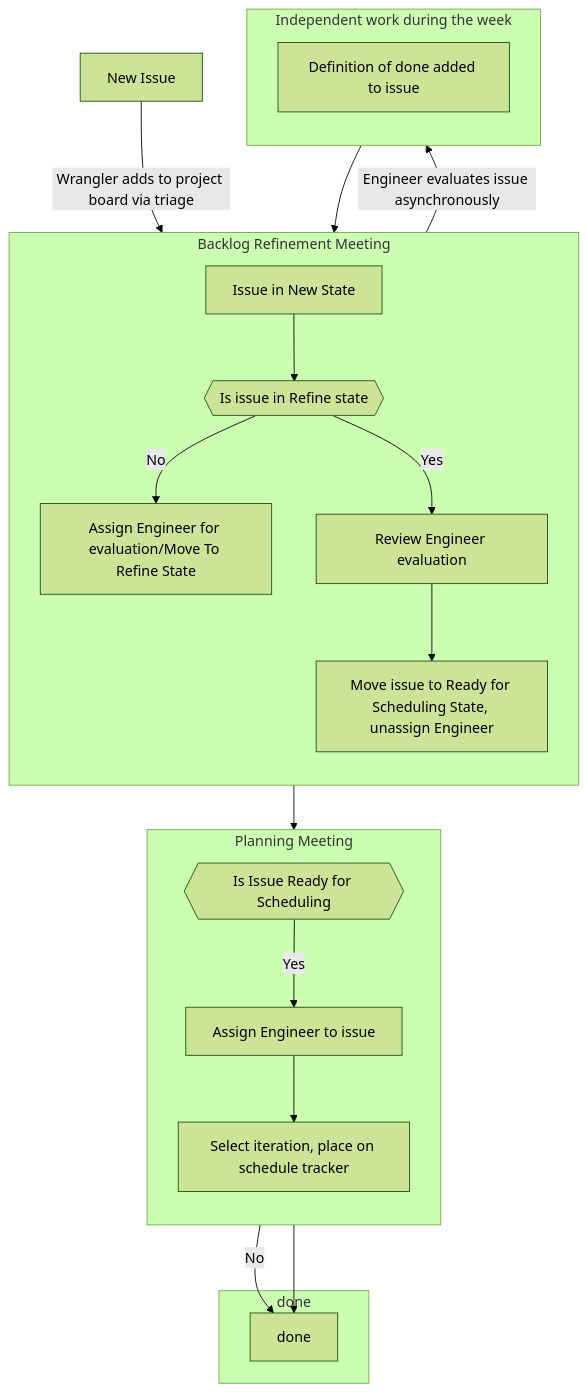
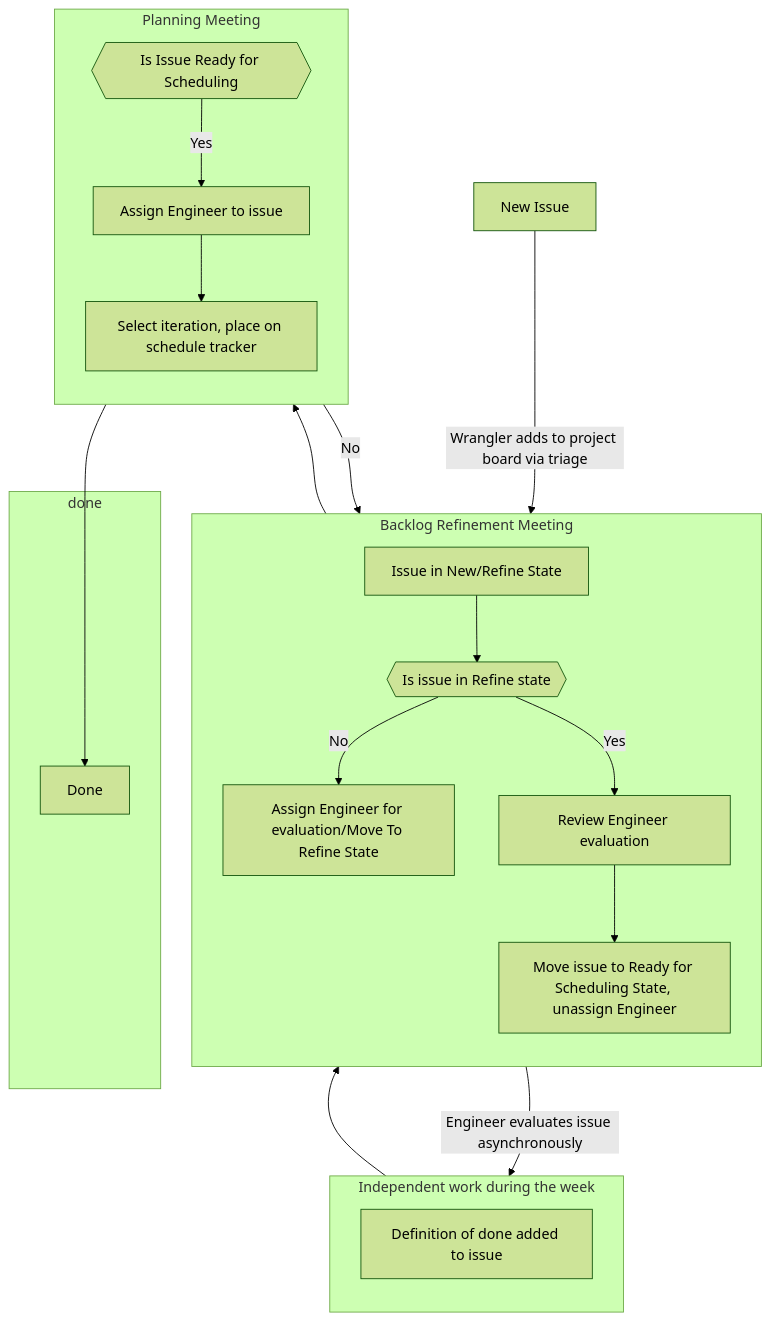
The diagram in PROJECT-HANDBOOK.md (openssl/project), drawn with Mermaid (forest theme) before and after one commit.

````diff
--- a/PROJECT-HANDBOOK.md
+++ b/PROJECT-HANDBOOK.md
@@ -13,27 +13,27 @@
 ```mermaid
 graph TB;
-A[New Issue] -- Wrangler adds to project board via triage --> B[Issue in New State];
+A[New Issue] -- Wrangler adds to project board via triage --> B[Issue in New/Refine State];
 subgraph Backlog Refinement Meeting
    direction TB;
    B  --> C{{Is issue in Refine state}};
    C -->|No| D[Assign Engineer for evaluation/Move To Refine State];
    C -->|Yes| F[Review Engineer evaluation];
    F --> G[Move issue to Ready for Scheduling State, unassign Engineer]
 end
 subgraph Independent work during the week
    direction TB;
    D -- Engineer evaluates issue asynchronously --> E[Definition of done added to issue];
    E --> C;
 end
 subgraph done
    I[Done];
 end
 subgraph Planning Meeting
    direction TB;
    G --> H{{Is Issue Ready for Scheduling}};
-   H -->|No| I[done];
+   H -->|No| B;
    H -->|Yes| J[Assign Engineer to issue];
    J --> K[Select iteration, place on schedule tracker];
    K --> I
 end 
 ```
````
